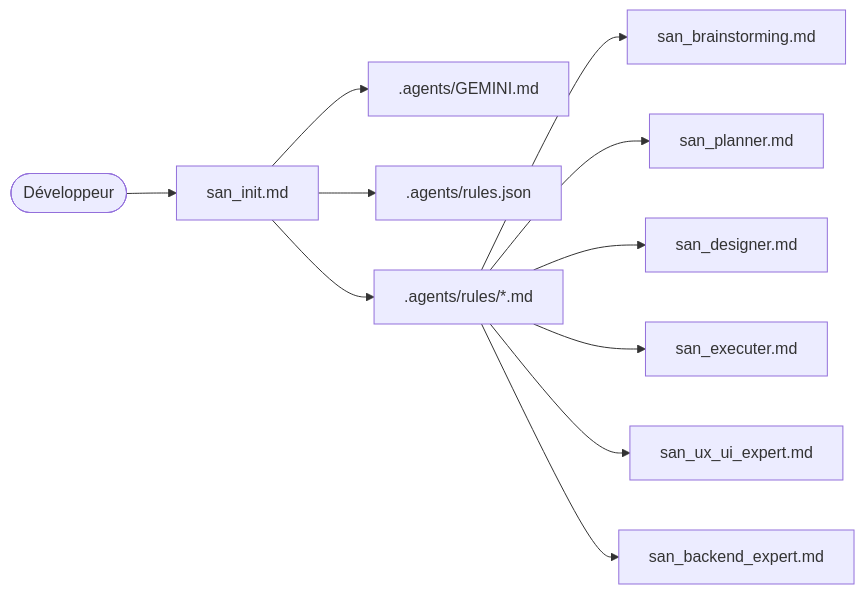
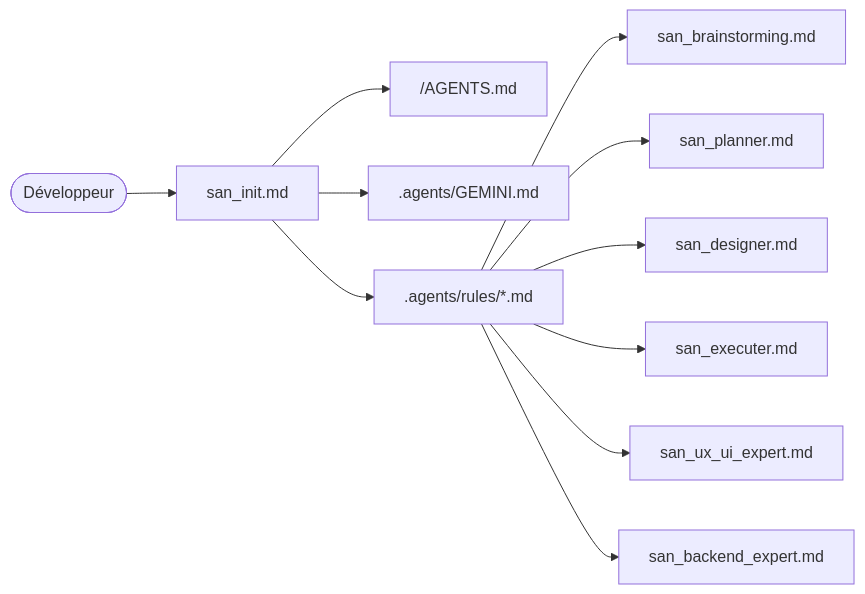
Before and after one commit to alexsan-dev/san_agy_framework: the second of 2 diagrams in skills/san_init.md, drawn with Mermaid. The commit also changed other lines of this file and 114 other files, not shown here.

````diff
--- a/skills/san_init.md
+++ b/skills/san_init.md
@@ -765,14 +721,14 @@
 ```mermaid
 flowchart LR
     Dev(["Développeur"]) --> san_init["san_init.md"]
+    san_init --> AGENTS_ROOT["<racine>/AGENTS.md"]
     san_init --> GEMINI[".agents/GEMINI.md"]
-    san_init --> RULES_JSON[".agents/rules.json"]
     san_init --> RULES[".agents/rules/*.md"]
     
     RULES --> san_brainstorming["san_brainstorming.md"]
     RULES --> san_planner["san_planner.md"]
     RULES --> san_designer["san_designer.md"]
     RULES --> san_executer["san_executer.md"]
     RULES --> san_ux_ui_expert["san_ux_ui_expert.md"]
     RULES --> san_backend_expert["san_backend_expert.md"]
 ```
````
